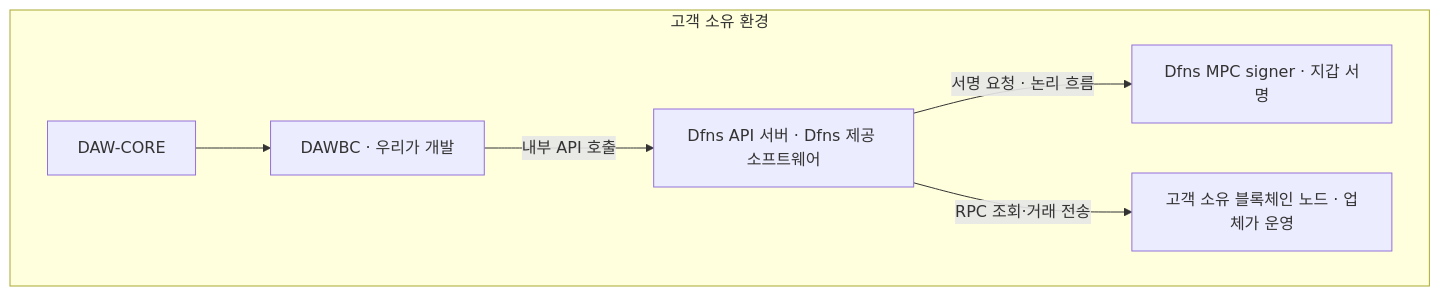
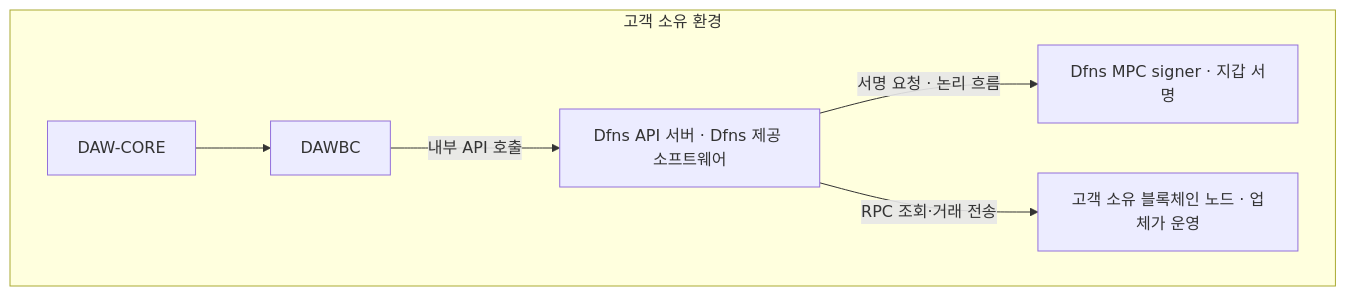
Before and after one commit to eunsujeo/eunpus: the first of 4 diagrams in blockchain-manager/docs/WaaS 도입·구축/Dfns/03-baseline-datacenter-design.md, drawn with Mermaid. The commit also changed other lines of this file, not shown here.

Commit message:
docs: simplify DAWBC label in Dfns Baseline diagram

````diff
--- a/blockchain-manager/docs/WaaS 도입·구축/Dfns/03-baseline-datacenter-design.md
+++ b/blockchain-manager/docs/WaaS 도입·구축/Dfns/03-baseline-datacenter-design.md
@@ -37,15 +37,15 @@
 ```mermaid
 flowchart TB
     subgraph CUSTOMER["고객 소유 환경"]
         CORE["DAW-CORE"]
-        BC["DAWBC · 우리가 개발"]
+        BC["DAWBC"]
         API["Dfns API 서버 · Dfns 제공 소프트웨어"]
         SIGN["Dfns MPC signer · 지갑 서명"]
         NODE["고객 소유 블록체인 노드 · 업체가 운영"]
 
         CORE --> BC
         BC -->|"내부 API 호출"| API
         API -->|"서명 요청 · 논리 흐름"| SIGN
         API -->|"RPC 조회·거래 전송"| NODE
     end
 ```
````
